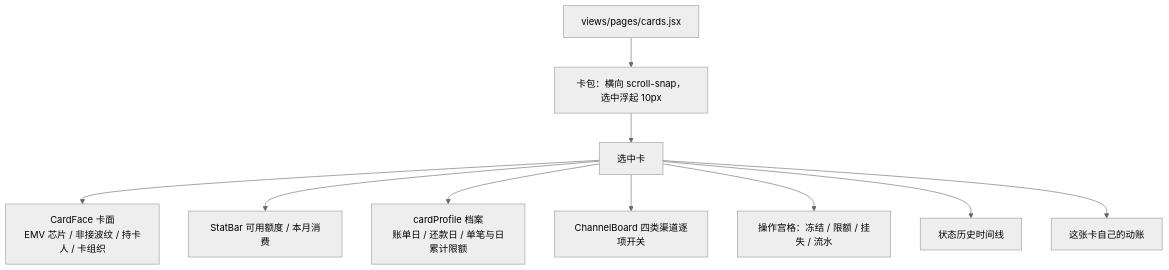
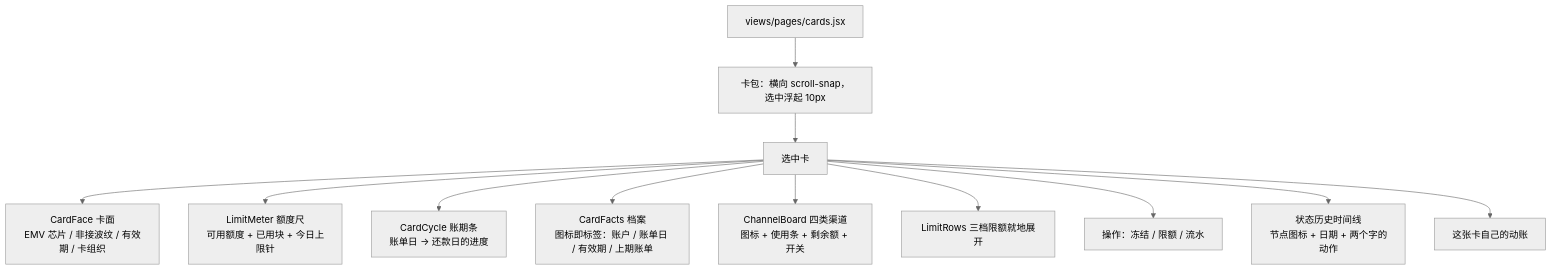
One commit to weiqing010305-art/bk-agent changed diagram 23 of 33 in doc/ARCHITECTURE.md. Above: the diagram before and after it, drawn with Mermaid (neutral theme). The commit also changed other lines of this file and 43 other files, not shown here.

````diff
--- a/doc/ARCHITECTURE.md
+++ b/doc/ARCHITECTURE.md
@@ -618,12 +618,14 @@
 ```mermaid
 flowchart TB
     PAGE["views/pages/cards.jsx"] --> W["卡包：横向 scroll-snap，选中浮起 10px"]
     W --> SEL["选中卡"]
-    SEL --> F["CardFace 卡面<br/>EMV 芯片 / 非接波纹 / 持卡人 / 卡组织"]
-    SEL --> SB["StatBar 可用额度 / 本月消费"]
-    SEL --> PRO["cardProfile 档案<br/>账单日 / 还款日 / 单笔与日累计限额"]
-    SEL --> CH["ChannelBoard 四类渠道逐项开关"]
-    SEL --> ACT["操作宫格：冻结 / 限额 / 挂失 / 流水"]
-    SEL --> HIST["状态历史时间线"]
+    SEL --> F["CardFace 卡面<br/>EMV 芯片 / 非接波纹 / 有效期 / 卡组织"]
+    SEL --> RUL["LimitMeter 额度尺<br/>可用额度 + 已用块 + 今日上限针"]
+    SEL --> CYC["CardCycle 账期条<br/>账单日 → 还款日的进度"]
+    SEL --> FACT["CardFacts 档案<br/>图标即标签：账户 / 账单日 / 有效期 / 上期账单"]
+    SEL --> CH["ChannelBoard 四类渠道<br/>图标 + 使用条 + 剩余额 + 开关"]
+    SEL --> LIM["LimitRows 三档限额就地展开"]
+    SEL --> ACT["操作：冻结 / 限额 / 流水"]
+    SEL --> HIST["状态历史时间线<br/>节点图标 + 日期 + 两个字的动作"]
     SEL --> ACTI["这张卡自己的动账"]
 ```
````
